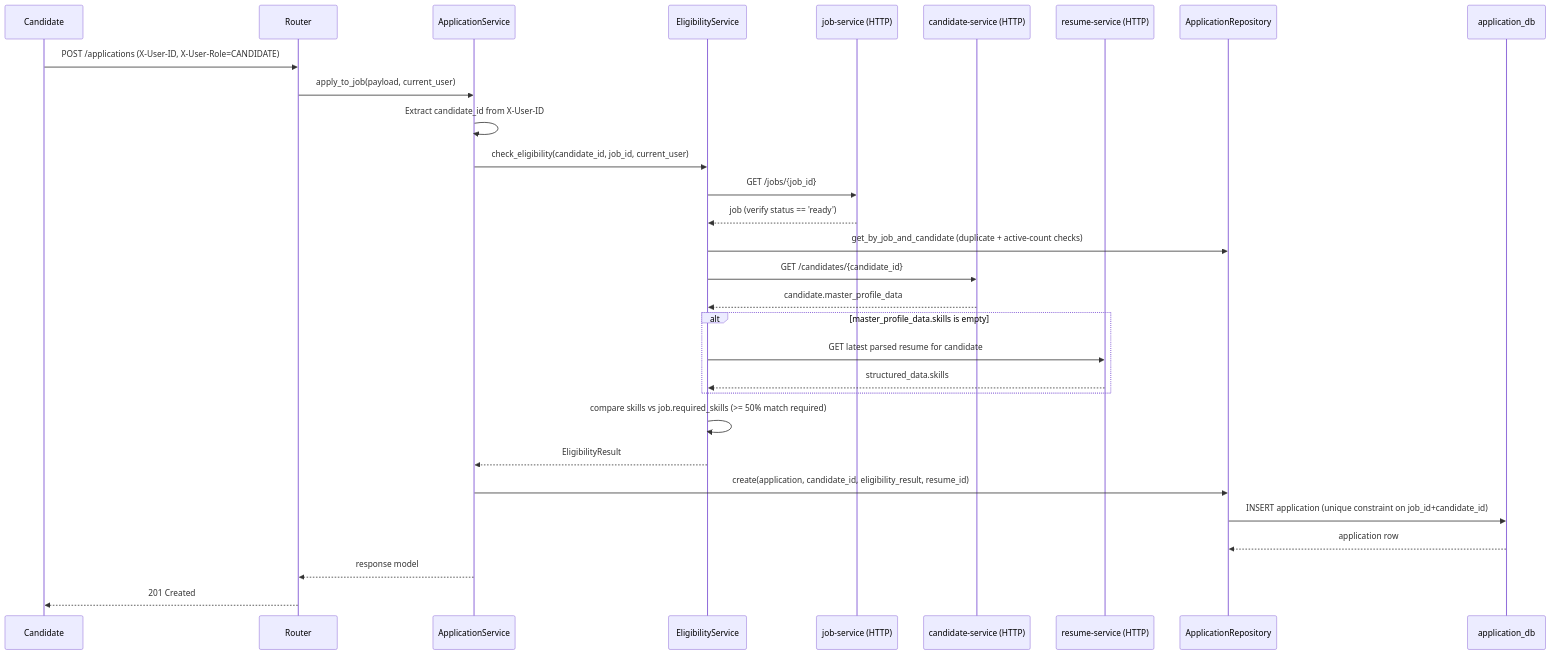
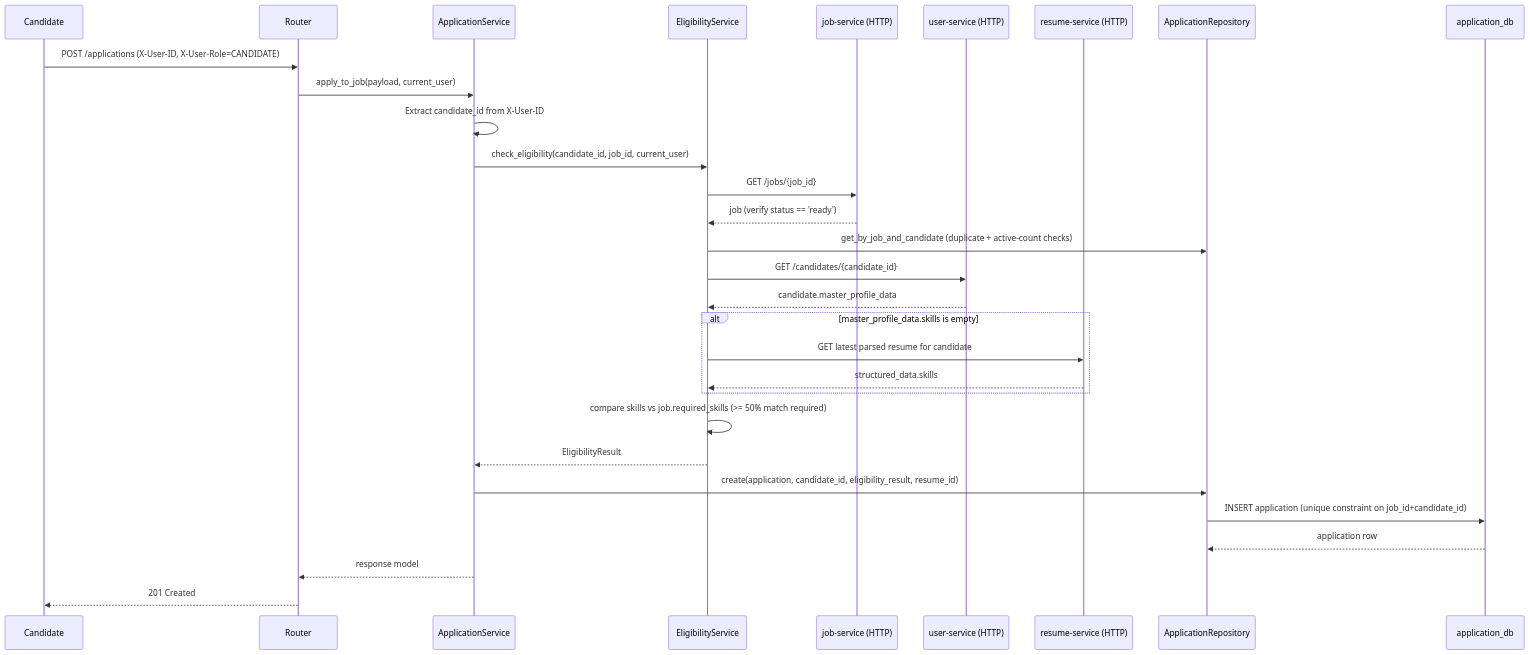
One commit to afnan-emumba/smart-hire changed the seventh of 8 diagrams in docs/SERVICES.md. Above: the diagram before and after it, drawn with Mermaid. The commit also changed other lines of this file and 84 other files, not shown here.

First line of the commit message:
feat: Initialize user service with API, database models, and client integrations

````diff
--- a/docs/SERVICES.md
+++ b/docs/SERVICES.md
@@ -206,33 +208,33 @@
 ```mermaid
 sequenceDiagram
     participant Candidate
     participant Router
     participant Service as ApplicationService
     participant Eligibility as EligibilityService
     participant JobSvc as job-service (HTTP)
-    participant CandidateSvc as candidate-service (HTTP)
+    participant CandidateSvc as user-service (HTTP)
     participant ResumeSvc as resume-service (HTTP)
     participant AppRepo as ApplicationRepository
     participant DB as application_db
 
     Candidate->>Router: POST /applications (X-User-ID, X-User-Role=CANDIDATE)
     Router->>Service: apply_to_job(payload, current_user)
     Service->>Service: Extract candidate_id from X-User-ID
     Service->>Eligibility: check_eligibility(candidate_id, job_id, current_user)
     Eligibility->>JobSvc: GET /jobs/{job_id}
     JobSvc-->>Eligibility: job (verify status == 'ready')
     Eligibility->>AppRepo: get_by_job_and_candidate (duplicate + active-count checks)
     Eligibility->>CandidateSvc: GET /candidates/{candidate_id}
     CandidateSvc-->>Eligibility: candidate.master_profile_data
     alt master_profile_data.skills is empty
         Eligibility->>ResumeSvc: GET latest parsed resume for candidate
         ResumeSvc-->>Eligibility: structured_data.skills
     end
     Eligibility->>Eligibility: compare skills vs job.required_skills (>= 50% match required)
     Eligibility-->>Service: EligibilityResult
     Service->>AppRepo: create(application, candidate_id, eligibility_result, resume_id)
     AppRepo->>DB: INSERT application (unique constraint on job_id+candidate_id)
     DB-->>AppRepo: application row
     Service-->>Router: response model
     Router-->>Candidate: 201 Created
 ```
````
